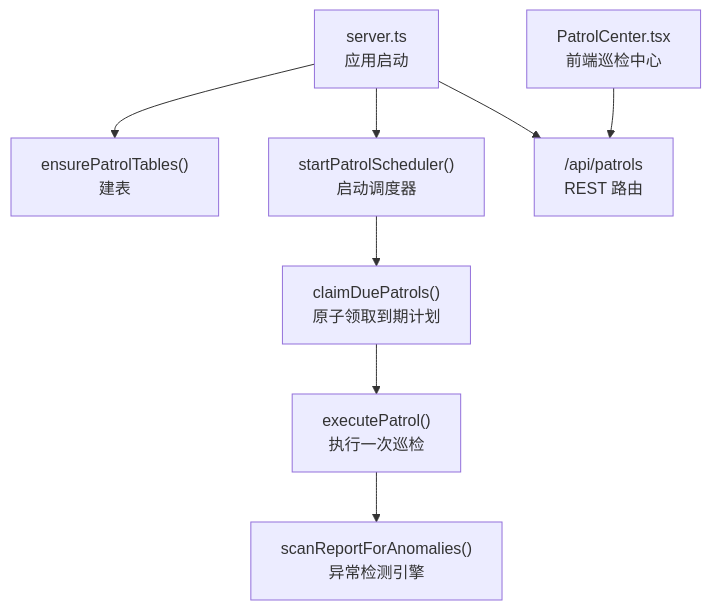
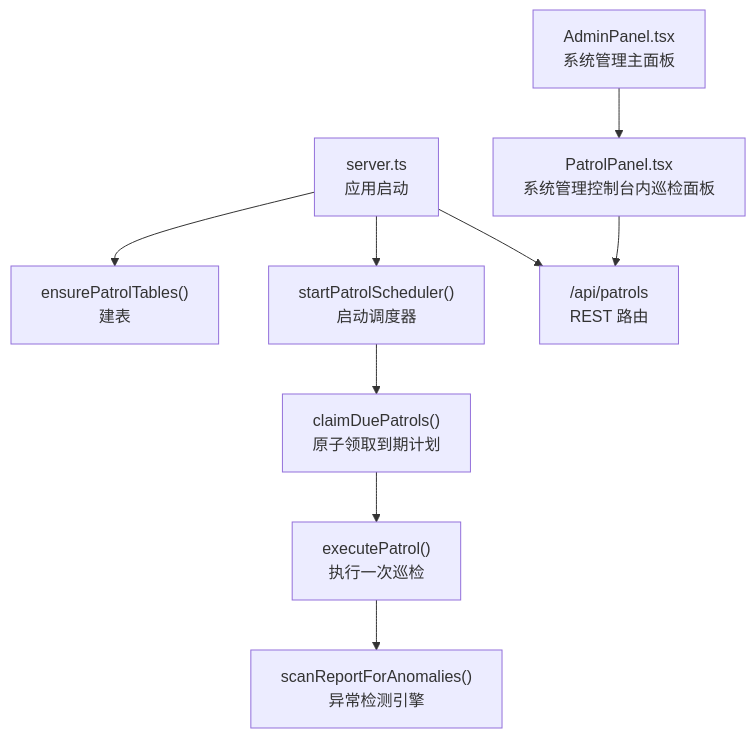
The first of 7 diagrams in .qoder/repowiki/zh/content/后端服务/异常巡逻系统.md (dgjin/smart-data-analytics), drawn with Mermaid before and after one commit. The commit also changed other lines of this file and 146 other files, not shown here.

````diff
--- a/.qoder/repowiki/zh/content/后端服务/异常巡逻系统.md
+++ b/.qoder/repowiki/zh/content/后端服务/异常巡逻系统.md
@@ -36,10 +46,11 @@
 ```mermaid
 graph TB
 A["server.ts<br/>应用启动"] --> B["ensurePatrolTables()<br/>建表"]
 A --> C["startPatrolScheduler()<br/>启动调度器"]
 C --> D["claimDuePatrols()<br/>原子领取到期计划"]
 D --> E["executePatrol()<br/>执行一次巡检"]
 E --> F["scanReportForAnomalies()<br/>异常检测引擎"]
 A --> G["/api/patrols<br/>REST 路由"]
-H["PatrolCenter.tsx<br/>前端巡检中心"] --> G
+H["PatrolPanel.tsx<br/>系统管理控制台内巡检面板"] --> G
+I["AdminPanel.tsx<br/>系统管理主面板"] --> H
 ```
````
